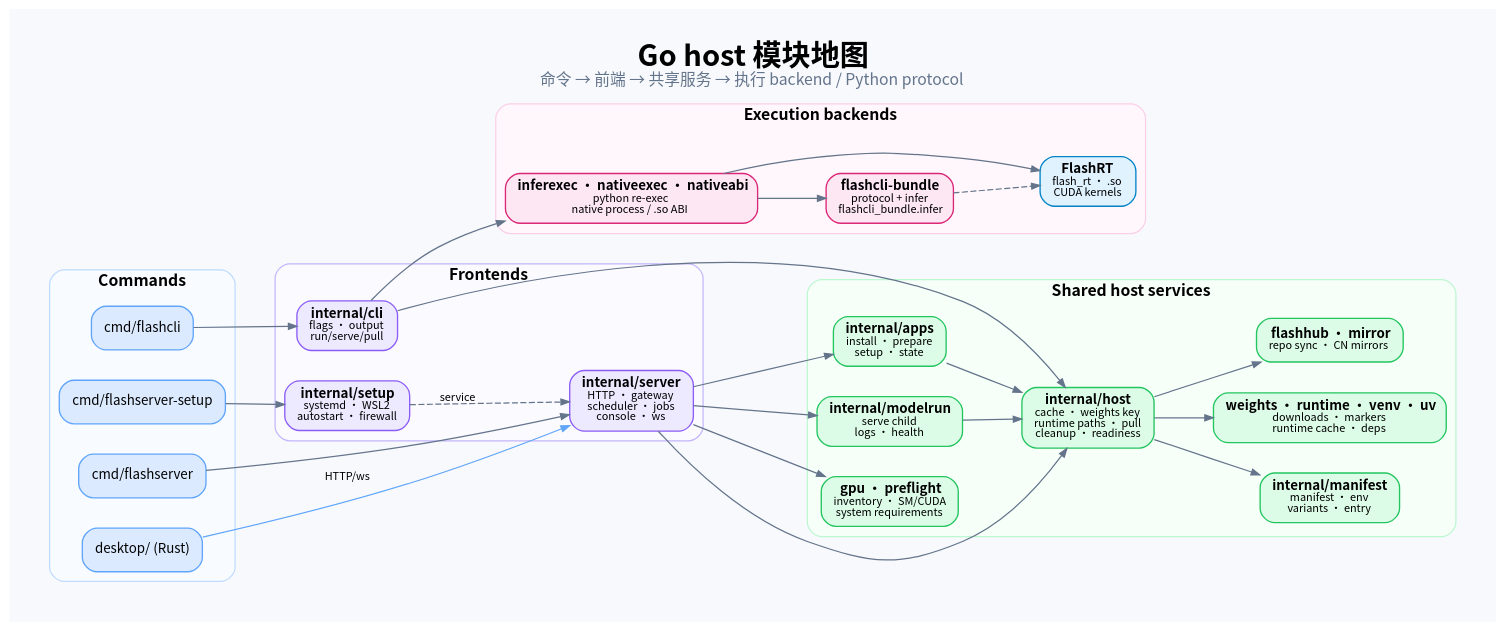
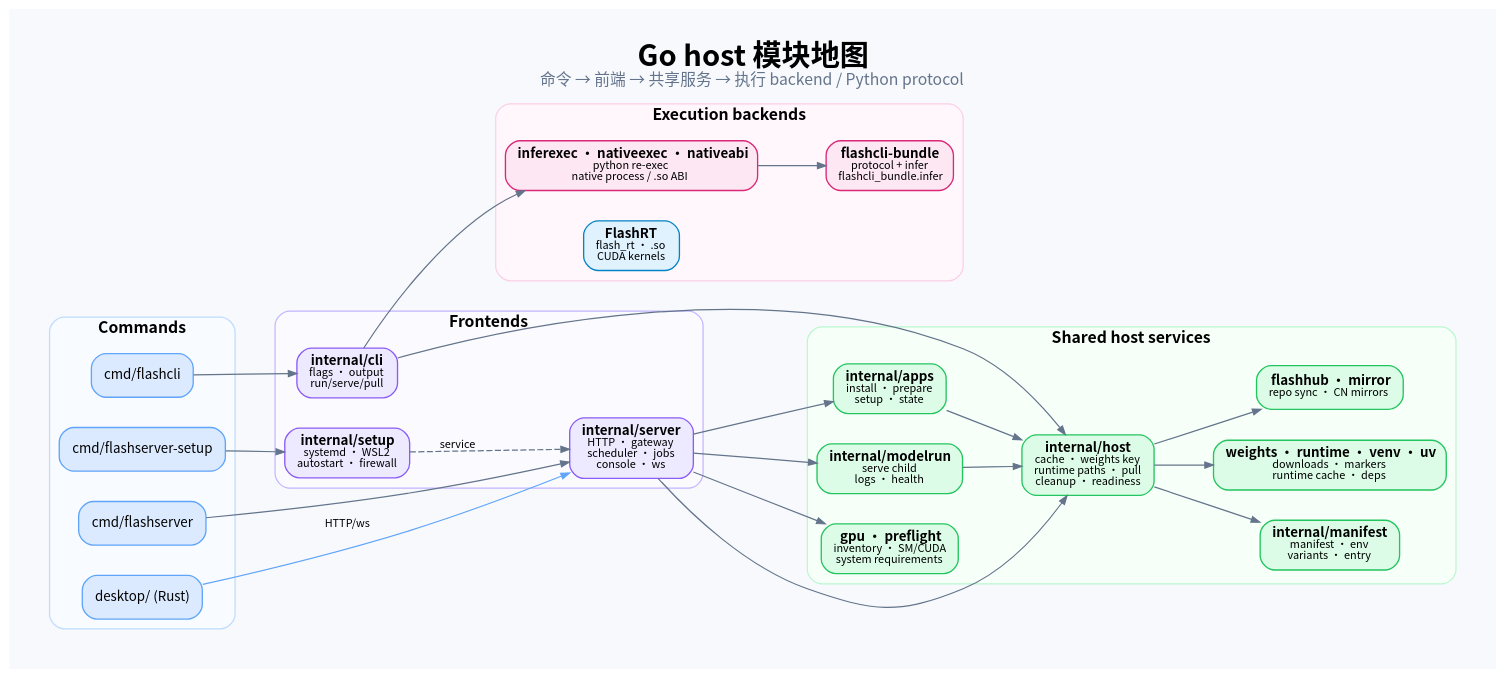
Before and after one commit to aodianyun/flashcli: the diagram in docs/images/go-module-map.zh-CN.dot, drawn with Graphviz. The commit also changed 35 other files, not shown here.

First line of the commit message:
docs(architecture): refine diagram layout and fix stale relationships

```diff
--- a/docs/images/go-module-map.zh-CN.dot
+++ b/docs/images/go-module-map.zh-CN.dot
@@ -1,47 +1,47 @@
 digraph GoModuleMap {
   graph [rankdir=LR, bgcolor="#f7f9fc", pad=0.35, nodesep=0.35, ranksep=0.65,
          fontname="Noto Sans CJK SC", fontsize=24, labelloc="t",
          label=<<B>Go host 模块地图</B><BR/><FONT POINT-SIZE="13" COLOR="#64748b">命令 → 前端 → 共享服务 → 执行 backend / Python protocol</FONT>>];
   node [shape=box, style="rounded,filled", fontname="Noto Sans CJK SC",
         fontsize=11, margin="0.14,0.08", penwidth=1.1, color="#94a3b8"];
   edge [fontname="Noto Sans CJK SC", fontsize=9, color="#64748b", arrowsize=0.7];
 
   subgraph cluster_cmd {
     label=<<B>Commands</B>>; fontsize=13; color="#bfdbfe"; style="rounded,filled"; fillcolor="#f8fbff";
     cmdcli [fillcolor="#dbeafe", color="#60a5fa", label="cmd/flashcli"];
     cmdsrv [fillcolor="#dbeafe", color="#60a5fa", label="cmd/flashserver"];
     cmdsetup [fillcolor="#dbeafe", color="#60a5fa", label="cmd/flashserver-setup"];
     desktop [fillcolor="#dbeafe", color="#60a5fa", label="desktop/ (Rust)"];
   }
 
   subgraph cluster_front {
     label=<<B>Frontends</B>>; fontsize=13; color="#c4b5fd"; style="rounded,filled"; fillcolor="#fbfaff";
     cli [fillcolor="#ede9fe", color="#8b5cf6", label=<<B>internal/cli</B><BR/><FONT POINT-SIZE="9">flags · output<BR/>run/serve/pull</FONT>>];
     srv [fillcolor="#ede9fe", color="#8b5cf6", label=<<B>internal/server</B><BR/><FONT POINT-SIZE="9">HTTP · gateway<BR/>scheduler · jobs<BR/>console · ws</FONT>>];
     setup [fillcolor="#ede9fe", color="#8b5cf6", label=<<B>internal/setup</B><BR/><FONT POINT-SIZE="9">systemd · WSL2<BR/>autostart · firewall</FONT>>];
   }
 
   subgraph cluster_shared {
     label=<<B>Shared host services</B>>; fontsize=13; color="#bbf7d0"; style="rounded,filled"; fillcolor="#f7fff9";
     host [fillcolor="#dcfce7", color="#22c55e", label=<<B>internal/host</B><BR/><FONT POINT-SIZE="9">cache · weights key<BR/>runtime paths · pull<BR/>cleanup · readiness</FONT>>];
     apps [fillcolor="#dcfce7", color="#22c55e", label=<<B>internal/apps</B><BR/><FONT POINT-SIZE="9">install · prepare<BR/>setup · state</FONT>>];
     modelrun [fillcolor="#dcfce7", color="#22c55e", label=<<B>internal/modelrun</B><BR/><FONT POINT-SIZE="9">serve child<BR/>logs · health</FONT>>];
     manifest [fillcolor="#dcfce7", color="#22c55e", label=<<B>internal/manifest</B><BR/><FONT POINT-SIZE="9">manifest · env<BR/>variants · entry</FONT>>];
     support [fillcolor="#dcfce7", color="#22c55e", label=<<B>weights · runtime · venv · uv</B><BR/><FONT POINT-SIZE="9">downloads · markers<BR/>runtime cache · deps</FONT>>];
     infra [fillcolor="#dcfce7", color="#22c55e", label=<<B>flashhub · mirror</B><BR/><FONT POINT-SIZE="9">repo sync · CN mirrors</FONT>>];
     probes [fillcolor="#dcfce7", color="#22c55e", label=<<B>gpu · preflight</B><BR/><FONT POINT-SIZE="9">inventory · SM/CUDA<BR/>system requirements</FONT>>];
   }
 
   subgraph cluster_exec {
     label=<<B>Execution backends</B>>; fontsize=13; color="#fbcfe8"; style="rounded,filled"; fillcolor="#fff7fb";
     infer [fillcolor="#fce7f3", color="#db2777", label=<<B>inferexec · nativeexec · nativeabi</B><BR/><FONT POINT-SIZE="9">python re-exec<BR/>native process / .so ABI</FONT>>];
     pyproto [fillcolor="#fce7f3", color="#db2777", label=<<B>flashcli-bundle</B><BR/><FONT POINT-SIZE="9">protocol + infer<BR/>flashcli_bundle.infer</FONT>>];
     flashrt [fillcolor="#e0f2fe", color="#0284c7", label=<<B>FlashRT</B><BR/><FONT POINT-SIZE="9">flash_rt · .so<BR/>CUDA kernels</FONT>>];
   }
 
   cmdcli -> cli; cmdsrv -> srv; cmdsetup -> setup; desktop -> srv [label="HTTP/ws", color="#60a5fa"];
   cli -> host; cli -> infer; srv -> host; srv -> apps; srv -> modelrun; srv -> probes;
   apps -> host; modelrun -> host; host -> support; host -> infra; host -> manifest;
-  infer -> pyproto; infer -> flashrt; pyproto -> flashrt [style=dashed];
+  infer -> pyproto;
   setup -> srv [label="service", style=dashed];
 }
```
